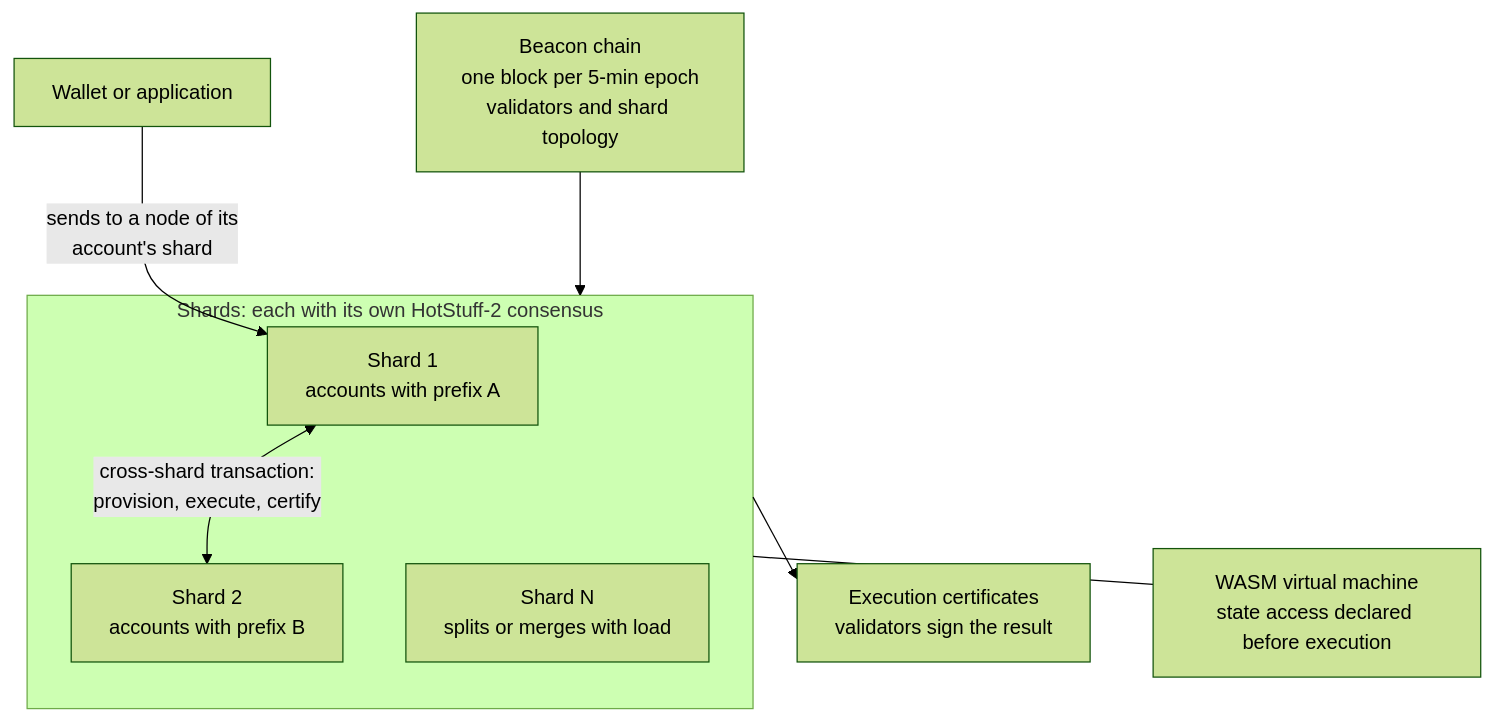
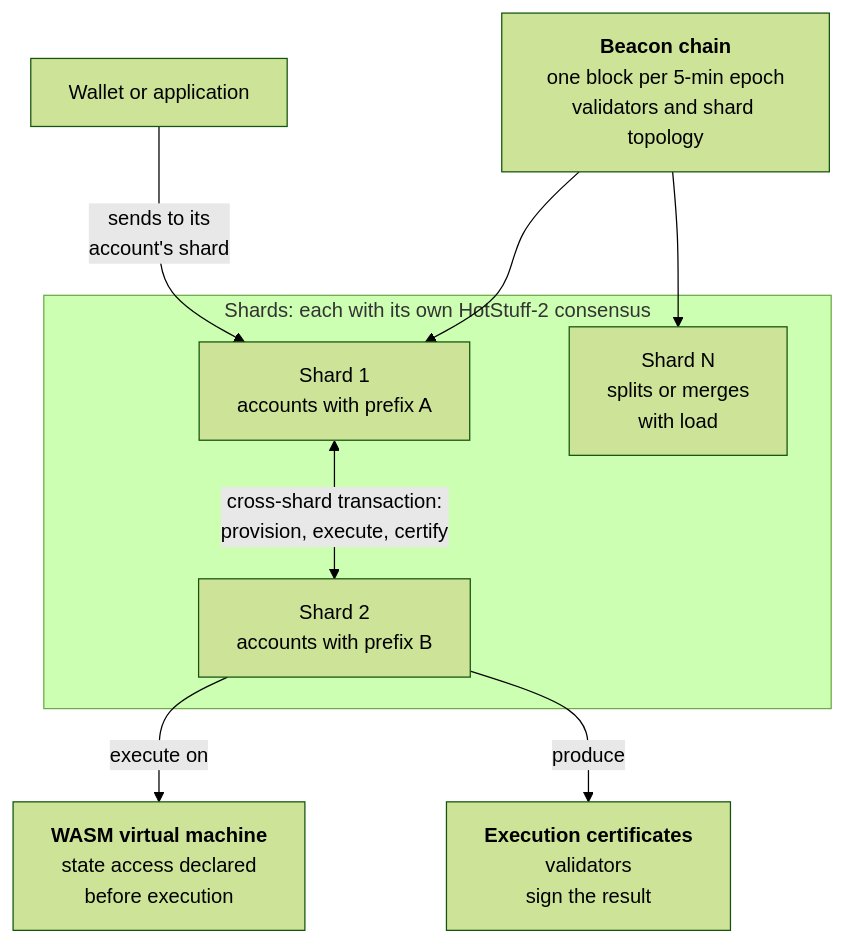
Before and after one commit to dazligth/radix-decentralization-roadmap: the third of 5 diagrams in docs/en/11-hyperscale-evolution.md, drawn with Mermaid (forest theme). The commit also changed other lines of this file and 9 other files, not shown here.

First line of the commit message:
Redesign diagrams for readability on GitHub

````diff
--- a/docs/en/11-hyperscale-evolution.md
+++ b/docs/en/11-hyperscale-evolution.md
@@ -104,17 +103,18 @@
 ```mermaid
 flowchart TB
-    BEACON["Beacon chain<br/>one block per 5-min epoch<br/>validators and shard topology"]
+    CLIENT["Wallet or application"]
+    BEACON["<b>Beacon chain</b><br/>one block per 5-min epoch<br/>validators and shard topology"]
     subgraph SHARDS["Shards: each with its own HotStuff-2 consensus"]
         S1["Shard 1<br/>accounts with prefix A"]
         S2["Shard 2<br/>accounts with prefix B"]
-        S3["Shard N<br/>splits or merges with load"]
+        S3["Shard N<br/>splits or merges<br/>with load"]
+        S1 <-->|"cross-shard transaction:<br/>provision, execute, certify"| S2
     end
-    EC["Execution certificates<br/>validators sign the result"]
-    VM["WASM virtual machine<br/>state access declared before execution"]
-    CLIENT["Wallet or application"]
-    BEACON --> SHARDS
-    S1 <-- "cross-shard transaction:<br/>provision, execute, certify" --> S2
-    SHARDS --> EC
-    SHARDS --- VM
-    CLIENT -- "sends to a node of its<br/>account's shard" --> S1
+    VM["<b>WASM virtual machine</b><br/>state access declared<br/>before execution"]
+    EC["<b>Execution certificates</b><br/>validators<br/>sign the result"]
+    CLIENT -->|"sends to its<br/>account's shard"| S1
+    BEACON --> S1
+    BEACON --> S3
+    S2 -->|"execute on"| VM
+    S2 -->|"produce"| EC
 ```
````
